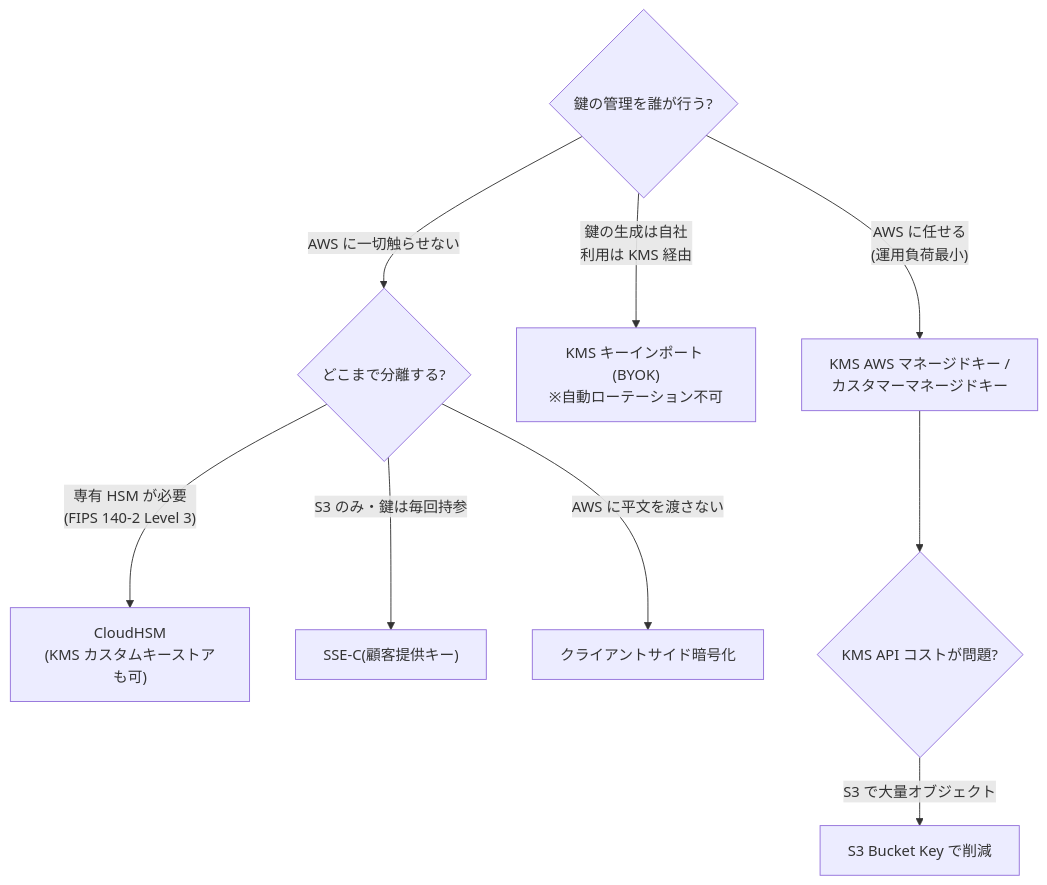
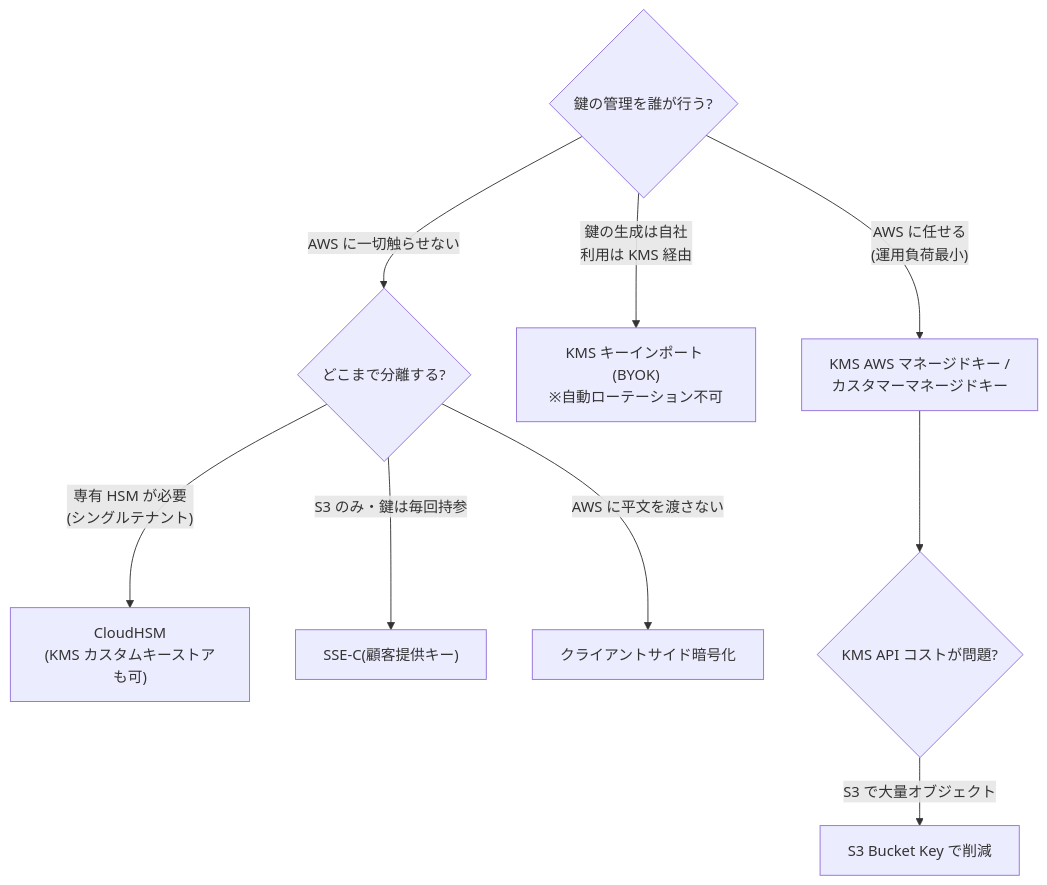
Before and after one commit to tono55/aws-sap: the first of 2 diagrams in 02-new-solutions/2-3-security-controls.md, drawn with Mermaid. The commit also changed other lines of this file and 28 other files, not shown here.

````diff
--- a/02-new-solutions/2-3-security-controls.md
+++ b/02-new-solutions/2-3-security-controls.md
@@ -35,12 +35,12 @@
 ```mermaid
 flowchart TD
     Q1{"鍵の管理を誰が行う?"}
     Q1 -->|"AWS に任せる<br>(運用負荷最小)"| MK["KMS AWS マネージドキー /<br>カスタマーマネージドキー"]
     Q1 -->|"鍵の生成は自社<br>利用は KMS 経由"| BYOK["KMS キーインポート (BYOK)<br>※自動ローテーション不可"]
     Q1 -->|"AWS に一切触らせない"| Q2{"どこまで分離する?"}
-    Q2 -->|"専有 HSM が必要<br>(FIPS 140-2 Level 3)"| HSM["CloudHSM<br>(KMS カスタムキーストアも可)"]
+    Q2 -->|"専有 HSM が必要<br>(シングルテナント)"| HSM["CloudHSM<br>(KMS カスタムキーストアも可)"]
     Q2 -->|"S3 のみ・鍵は毎回持参"| SSEC["SSE-C(顧客提供キー)"]
     Q2 -->|"AWS に平文を渡さない"| CSE["クライアントサイド暗号化"]
     MK --> COST{"KMS API コストが問題?"}
     COST -->|"S3 で大量オブジェクト"| BK["S3 Bucket Key で削減"]
 ```
````
